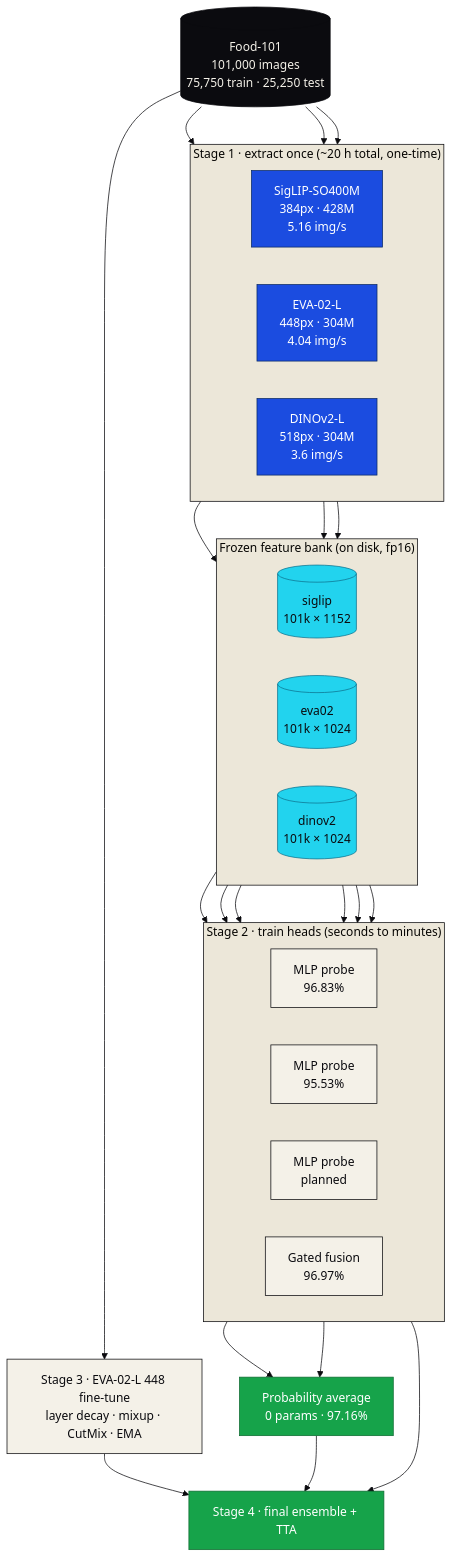
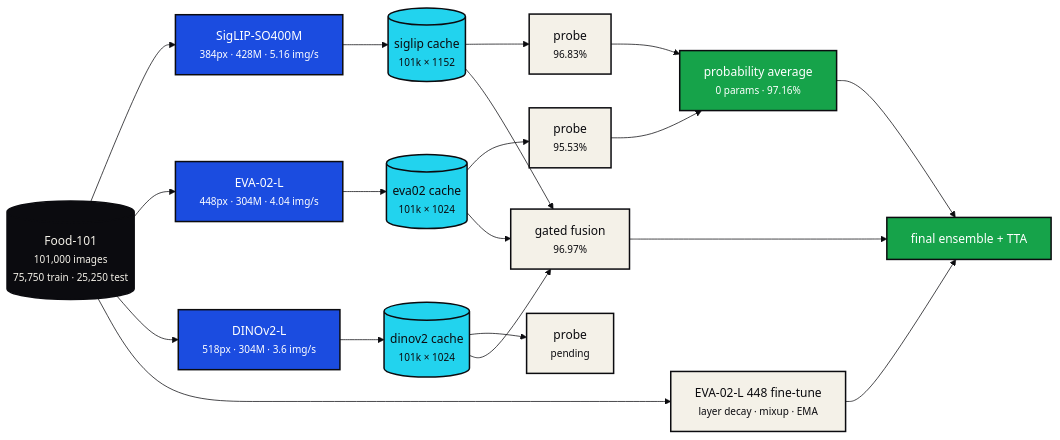
The second of 11 diagrams in docs/architecture.md (A-K-M-Asifuzzaman/Food), drawn with Mermaid before and after one commit. The commit also changed other lines of this file, not shown here.

First line of the commit message:
Fix diagram legibility: text clipping and layout

````diff
--- a/docs/architecture.md
+++ b/docs/architecture.md
@@ -74,49 +66,44 @@
 ```mermaid
-%%{init: {'theme':'base','themeVariables':{'fontFamily':'ui-sans-serif, system-ui, -apple-system, sans-serif','primaryColor':'#F4F1E8','primaryTextColor':'#0B0B0F','primaryBorderColor':'#0B0B0F','lineColor':'#0B0B0F','clusterBkg':'#ECE7D9','clusterBorder':'#0B0B0F','edgeLabelBackground':'#F4F1E8','pie1':'#16A34A','pie2':'#E62429','pie3':'#1B4CE0','pie4':'#F5A524'}}}%%
-flowchart TD
-    F101[("Food-101<br/>101,000 images<br/>75,750 train · 25,250 test")]
+%%{init: {'theme':'base','themeVariables':{'fontFamily':'ui-sans-serif, system-ui, -apple-system, sans-serif','primaryColor':'#F4F1E8','primaryTextColor':'#0B0B0F','primaryBorderColor':'#0B0B0F','lineColor':'#0B0B0F','clusterBkg':'#ECE7D9','clusterBorder':'#0B0B0F','edgeLabelBackground':'#F4F1E8','pie1':'#16A34A','pie2':'#E62429','pie3':'#1B4CE0','pie4':'#F5A524'},'flowchart':{'padding':16,'nodeSpacing':45,'rankSpacing':55,'curve':'basis','htmlLabels':true}}}%%
+flowchart LR
+    F101[("Food-101<br/><small>101,000 images<br/>75,750 train · 25,250 test</small>")]
 
-    subgraph extract["Stage 1 · extract once  (~20 h total, one-time)"]
-        direction LR
-        B1["SigLIP-SO400M<br/>384px · 428M<br/>5.16 img/s"]
-        B2["EVA-02-L<br/>448px · 304M<br/>4.04 img/s"]
-        B3["DINOv2-L<br/>518px · 304M<br/>3.6 img/s"]
-    end
+    B1["SigLIP-SO400M<br/><small>384px · 428M · 5.16 img/s</small>"]
+    B2["EVA-02-L<br/><small>448px · 304M · 4.04 img/s</small>"]
+    B3["DINOv2-L<br/><small>518px · 304M · 3.6 img/s</small>"]
 
-    subgraph cache["Frozen feature bank  (on disk, fp16)"]
-        direction LR
-        C1[("siglip<br/>101k × 1152")]
-        C2[("eva02<br/>101k × 1024")]
-        C3[("dinov2<br/>101k × 1024")]
-    end
+    C1[("siglip cache<br/><small>101k × 1152</small>")]
+    C2[("eva02 cache<br/><small>101k × 1024</small>")]
+    C3[("dinov2 cache<br/><small>101k × 1024</small>")]
 
-    subgraph heads["Stage 2 · train heads  (seconds to minutes)"]
-        direction LR
-        H1["MLP probe<br/>96.83%"]
-        H2["MLP probe<br/>95.53%"]
-        H3["MLP probe<br/>planned"]
-        HF["Gated fusion<br/>96.97%"]
-    end
+    H1["probe<br/><small>96.83%</small>"]
+    H2["probe<br/><small>95.53%</small>"]
+    H3["probe<br/><small>pending</small>"]
+    HF["gated fusion<br/><small>96.97%</small>"]
 
-    AVG["Probability average<br/>0 params · 97.16%"]
-    FT["Stage 3 · EVA-02-L 448 fine-tune<br/>layer decay · mixup · CutMix · EMA"]
-    ENS["Stage 4 · final ensemble + TTA"]
+    AVG["probability average<br/><small>0 params · 97.16%</small>"]
+    FT["EVA-02-L 448 fine-tune<br/><small>layer decay · mixup · EMA</small>"]
+    ENS["final ensemble + TTA"]
 
-    F101 --> B1 & B2 & B3
-    B1 --> C1 --> H1
-    B2 --> C2 --> H2
-    B3 --> C3 --> H3
-    C1 & C2 & C3 --> HF
-    H1 & H2 --> AVG
+    F101 --> B1 --> C1 --> H1 --> AVG
+    F101 --> B2 --> C2 --> H2 --> AVG
+    F101 --> B3 --> C3 --> H3
+    C1 --> HF
+    C2 --> HF
+    C3 --> HF
     F101 --> FT
-    AVG & HF & FT --> ENS
+    AVG --> ENS
+    HF --> ENS
+    FT --> ENS
 
-    classDef d fill:#0B0B0F,stroke:#0B0B0F,color:#F4F1E8
-    classDef x fill:#1B4CE0,stroke:#0A2A66,color:#fff
-    classDef s fill:#22D3EE,stroke:#0e7490,color:#0B0B0F
-    classDef w fill:#16A34A,stroke:#0f6b32,color:#fff
+    classDef d fill:#0B0B0F,stroke:#0B0B0F,stroke-width:2px,color:#F4F1E8
+    classDef x fill:#1B4CE0,stroke:#0B0B0F,stroke-width:2px,color:#fff
+    classDef s fill:#22D3EE,stroke:#0B0B0F,stroke-width:2px,color:#0B0B0F
+    classDef w fill:#16A34A,stroke:#0B0B0F,stroke-width:2px,color:#fff
+    classDef p fill:#F4F1E8,stroke:#0B0B0F,stroke-width:2px,color:#0B0B0F
     class F101 d
     class B1,B2,B3 x
     class C1,C2,C3 s
     class AVG,ENS w
+    class H1,H2,H3,HF,FT p
 ```
````
